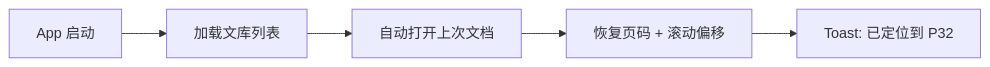
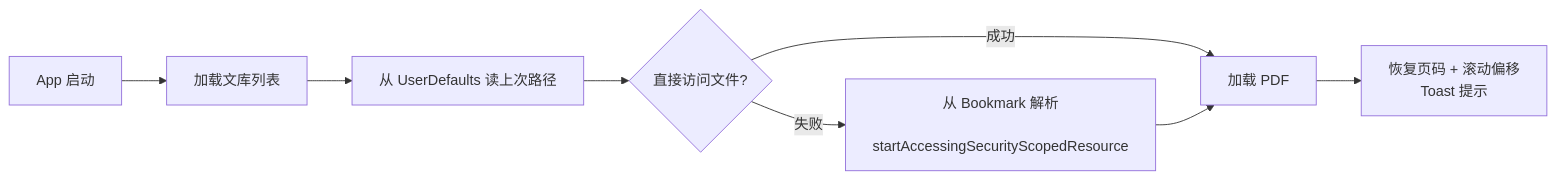
One commit to hedon954/lumen-pdf changed the third of 3 diagrams in docs/prd/prd-2026-03-22.md. Above: the diagram before and after it, drawn with Mermaid. The commit also changed other lines of this file and 6 other files, not shown here.

````diff
--- a/docs/prd/prd-2026-03-22.md
+++ b/docs/prd/prd-2026-03-22.md
@@ -84,7 +134,10 @@
 ```mermaid
 flowchart LR
     A[App 启动] --> B[加载文库列表]
-    B --> C[自动打开上次文档]
-    C --> D[恢复页码 + 滚动偏移]
-    D --> E[Toast: 已定位到 P32]
+    B --> C[从 UserDefaults 读上次路径]
+    C --> D{直接访问文件?}
+    D -->|成功| E[加载 PDF]
+    D -->|失败| F[从 Bookmark 解析\n startAccessingSecurityScopedResource]
+    F --> E
+    E --> G[恢复页码 + 滚动偏移\nToast 提示]
 ```
````
